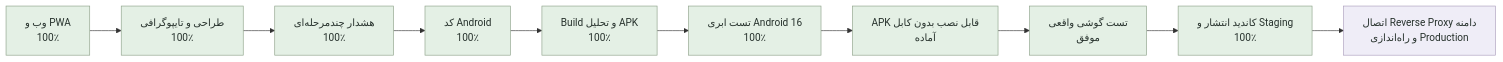
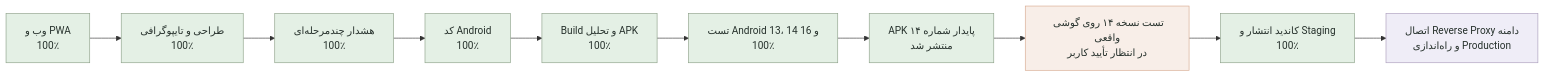
One commit to tparkhondeh/personalAgent changed the diagram in PROJECT_STATUS.md. Above: the diagram before and after it, drawn with Mermaid. The commit also changed other lines of this file, not shown here.

Commit message:
docs: record verified stable Android release

````diff
--- a/PROJECT_STATUS.md
+++ b/PROJECT_STATUS.md
@@ -18,19 +18,20 @@
 ```mermaid
 flowchart LR
     A[وب و PWA<br/>100٪] --> B[طراحی و تایپوگرافی<br/>100٪]
     B --> C[هشدار چندمرحله‌ای<br/>100٪]
     C --> D[کد Android<br/>100٪]
     D --> E[Build و تحلیل APK<br/>100٪]
-    E --> H[تست ابری Android 16<br/>100٪]
-    H --> I[APK قابل نصب بدون کابل<br/>آماده]
-    I --> G[تست گوشی واقعی<br/>موفق]
+    E --> H[تست Android 13، 14 و 16<br/>100٪]
+    H --> I[APK پایدار شماره ۱۴<br/>منتشر شد]
+    I --> G[تست نسخه ۱۴ روی گوشی واقعی<br/>در انتظار تأیید کاربر]
     G --> J[کاندید انتشار و Staging<br/>100٪]
     J --> F[اتصال Reverse Proxy دامنه<br/>و راه‌اندازی Production]
 
     classDef done fill:#e4f0e5,stroke:#8ca088,color:#26312c;
     classDef active fill:#f8eee8,stroke:#d7a98f,color:#26312c;
     classDef pending fill:#efedf7,stroke:#aa9dbc,color:#26312c;
-    class A,B,H,I,G,J done;
+    class A,B,H,I,J done;
     class C,D,E done;
+    class G active;
     class F pending;
 ```
````
